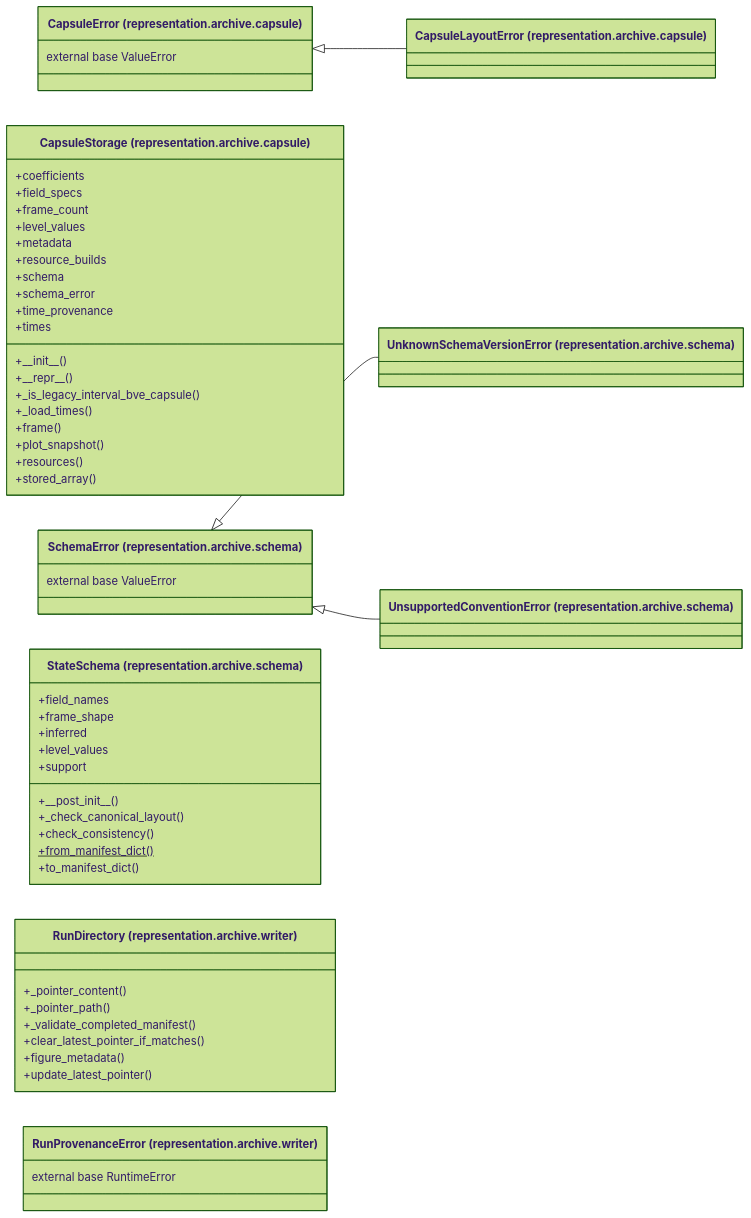
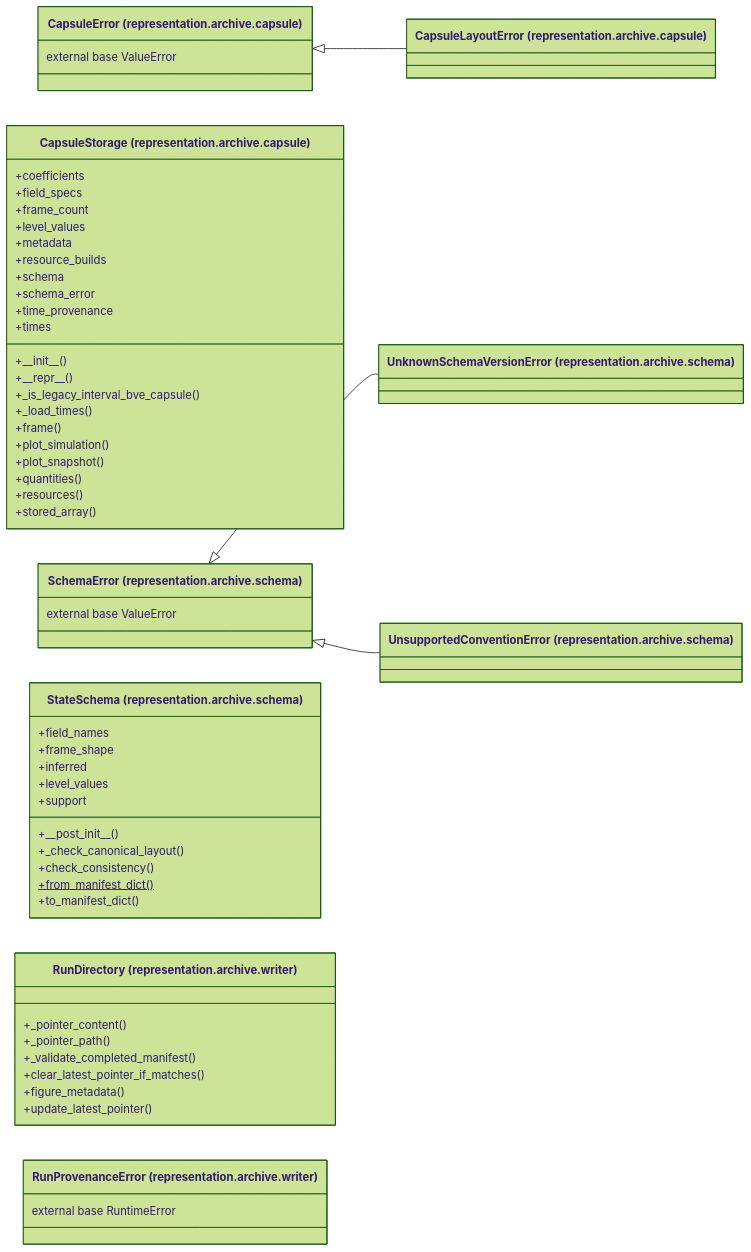
Before and after one commit to AlexandreEros/Palintropos: the diagram in docs/architecture/current/classes/tropoi.representation.archive.mmd, drawn with Mermaid (forest theme). The commit also changed 17 other files, not shown here.

First line of the commit message:
feat(api): Simulation.plot and Snapshot.plot(view=...) over saved runs

```diff
--- a/docs/architecture/current/classes/tropoi.representation.archive.mmd
+++ b/docs/architecture/current/classes/tropoi.representation.archive.mmd
@@ -1,53 +1,55 @@
 %% Generated by tools.architecture 1.0.0. Do not edit by hand.
 %% All classes defined in package tropoi.representation.archive.
 classDiagram
     direction LR
     class c_tropoi_orepresentation_oarchive_ocapsule_oCapsuleError["CapsuleError (representation.archive.capsule)"]
     c_tropoi_orepresentation_oarchive_ocapsule_oCapsuleError : external base ValueError
     class c_tropoi_orepresentation_oarchive_ocapsule_oCapsuleLayoutError["CapsuleLayoutError (representation.archive.capsule)"]
     class c_tropoi_orepresentation_oarchive_ocapsule_oCapsuleStorage["CapsuleStorage (representation.archive.capsule)"]
     c_tropoi_orepresentation_oarchive_ocapsule_oCapsuleStorage : +#95;#95;init#95;#95;()
     c_tropoi_orepresentation_oarchive_ocapsule_oCapsuleStorage : +#95;#95;repr#95;#95;()
     c_tropoi_orepresentation_oarchive_ocapsule_oCapsuleStorage : +#95;is#95;legacy#95;interval#95;bve#95;capsule()
     c_tropoi_orepresentation_oarchive_ocapsule_oCapsuleStorage : +#95;load#95;times()
     c_tropoi_orepresentation_oarchive_ocapsule_oCapsuleStorage : +coefficients
     c_tropoi_orepresentation_oarchive_ocapsule_oCapsuleStorage : +field#95;specs
     c_tropoi_orepresentation_oarchive_ocapsule_oCapsuleStorage : +frame()
     c_tropoi_orepresentation_oarchive_ocapsule_oCapsuleStorage : +frame#95;count
     c_tropoi_orepresentation_oarchive_ocapsule_oCapsuleStorage : +level#95;values
     c_tropoi_orepresentation_oarchive_ocapsule_oCapsuleStorage : +metadata
+    c_tropoi_orepresentation_oarchive_ocapsule_oCapsuleStorage : +plot#95;simulation()
     c_tropoi_orepresentation_oarchive_ocapsule_oCapsuleStorage : +plot#95;snapshot()
+    c_tropoi_orepresentation_oarchive_ocapsule_oCapsuleStorage : +quantities()
     c_tropoi_orepresentation_oarchive_ocapsule_oCapsuleStorage : +resource#95;builds
     c_tropoi_orepresentation_oarchive_ocapsule_oCapsuleStorage : +resources()
     c_tropoi_orepresentation_oarchive_ocapsule_oCapsuleStorage : +schema
     c_tropoi_orepresentation_oarchive_ocapsule_oCapsuleStorage : +schema#95;error
     c_tropoi_orepresentation_oarchive_ocapsule_oCapsuleStorage : +stored#95;array()
     c_tropoi_orepresentation_oarchive_ocapsule_oCapsuleStorage : +time#95;provenance
     c_tropoi_orepresentation_oarchive_ocapsule_oCapsuleStorage : +times
     class c_tropoi_orepresentation_oarchive_oschema_oSchemaError["SchemaError (representation.archive.schema)"]
     c_tropoi_orepresentation_oarchive_oschema_oSchemaError : external base ValueError
     class c_tropoi_orepresentation_oarchive_oschema_oStateSchema["StateSchema (representation.archive.schema)"]
     c_tropoi_orepresentation_oarchive_oschema_oStateSchema : +#95;#95;post#95;init#95;#95;()
     c_tropoi_orepresentation_oarchive_oschema_oStateSchema : +#95;check#95;canonical#95;layout()
     c_tropoi_orepresentation_oarchive_oschema_oStateSchema : +check#95;consistency()
     c_tropoi_orepresentation_oarchive_oschema_oStateSchema : +field#95;names
     c_tropoi_orepresentation_oarchive_oschema_oStateSchema : +frame#95;shape
     c_tropoi_orepresentation_oarchive_oschema_oStateSchema : +from#95;manifest#95;dict()$
     c_tropoi_orepresentation_oarchive_oschema_oStateSchema : +inferred
     c_tropoi_orepresentation_oarchive_oschema_oStateSchema : +level#95;values
     c_tropoi_orepresentation_oarchive_oschema_oStateSchema : +support
     c_tropoi_orepresentation_oarchive_oschema_oStateSchema : +to#95;manifest#95;dict()
     class c_tropoi_orepresentation_oarchive_oschema_oUnknownSchemaVersionError["UnknownSchemaVersionError (representation.archive.schema)"]
     class c_tropoi_orepresentation_oarchive_oschema_oUnsupportedConventionError["UnsupportedConventionError (representation.archive.schema)"]
     class c_tropoi_orepresentation_oarchive_owriter_oRunDirectory["RunDirectory (representation.archive.writer)"]
     c_tropoi_orepresentation_oarchive_owriter_oRunDirectory : +#95;pointer#95;content()
     c_tropoi_orepresentation_oarchive_owriter_oRunDirectory : +#95;pointer#95;path()
     c_tropoi_orepresentation_oarchive_owriter_oRunDirectory : +#95;validate#95;completed#95;manifest()
     c_tropoi_orepresentation_oarchive_owriter_oRunDirectory : +clear#95;latest#95;pointer#95;if#95;matches()
     c_tropoi_orepresentation_oarchive_owriter_oRunDirectory : +figure#95;metadata()
     c_tropoi_orepresentation_oarchive_owriter_oRunDirectory : +update#95;latest#95;pointer()
     class c_tropoi_orepresentation_oarchive_owriter_oRunProvenanceError["RunProvenanceError (representation.archive.writer)"]
     c_tropoi_orepresentation_oarchive_owriter_oRunProvenanceError : external base RuntimeError
     c_tropoi_orepresentation_oarchive_ocapsule_oCapsuleError <|-- c_tropoi_orepresentation_oarchive_ocapsule_oCapsuleLayoutError
     c_tropoi_orepresentation_oarchive_oschema_oSchemaError <|-- c_tropoi_orepresentation_oarchive_oschema_oUnknownSchemaVersionError
     c_tropoi_orepresentation_oarchive_oschema_oSchemaError <|-- c_tropoi_orepresentation_oarchive_oschema_oUnsupportedConventionError
```
